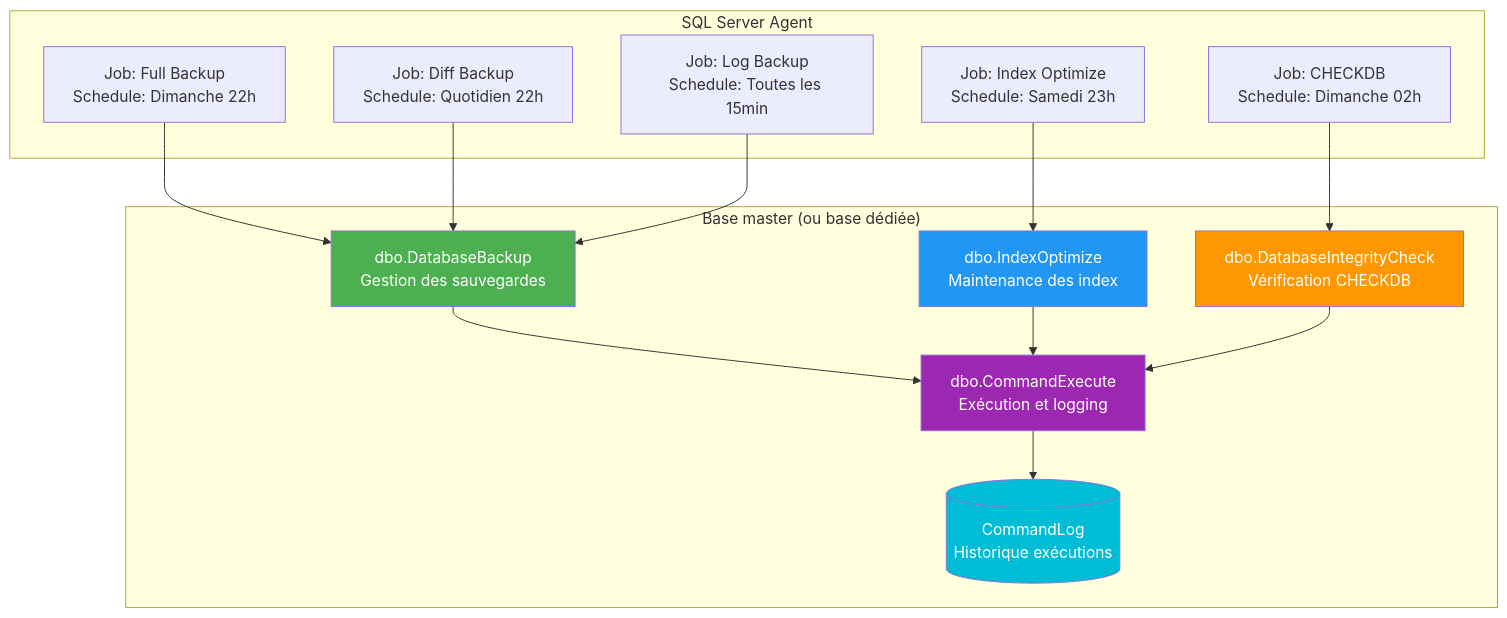
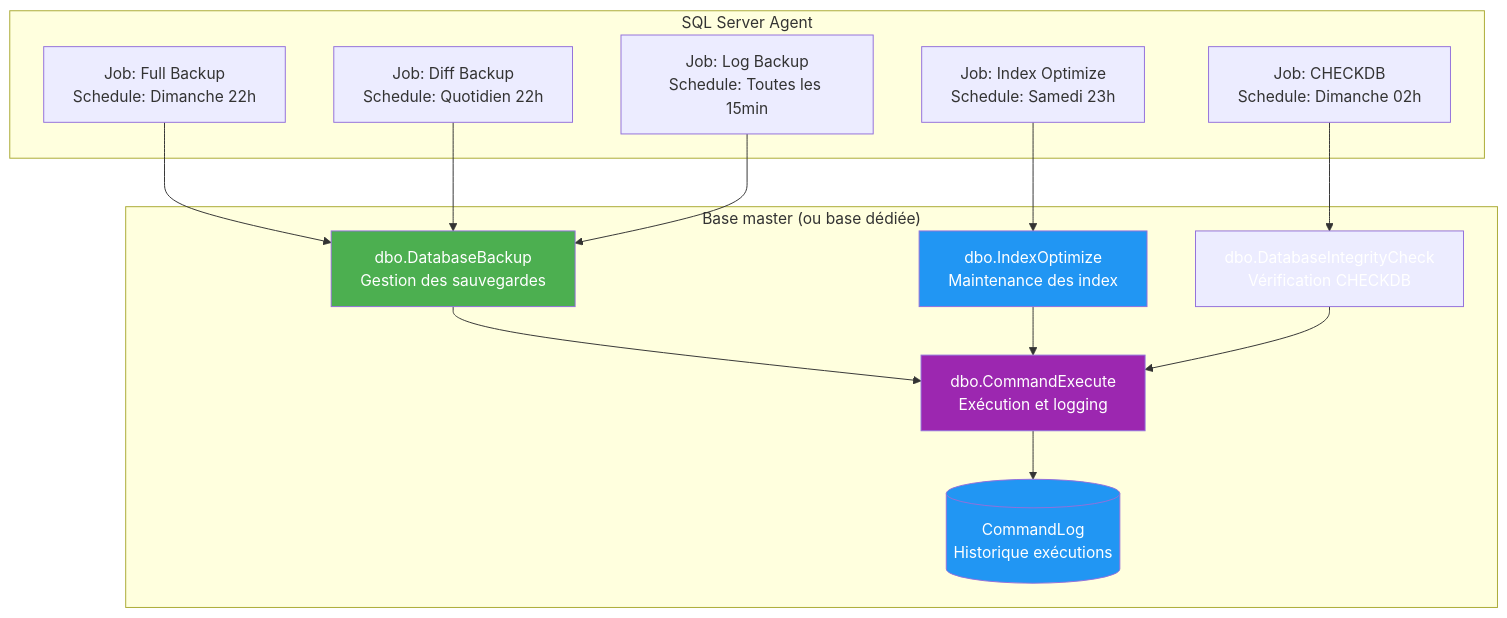
The third of 3 diagrams in docs/formations/sql-server/03-module.md (VBlackJack/ShellBook), drawn with Mermaid before and after one commit. The commit also changed other lines of this file and 337 other files, not shown here.

First line of the commit message:
refactor(docs): Standardize code blocks and Mermaid colors

````diff
--- a/docs/formations/sql-server/03-module.md
+++ b/docs/formations/sql-server/03-module.md
@@ -423,37 +423,37 @@
 ```mermaid
 graph TB
     subgraph "Base master (ou base dédiée)"
         SP1[dbo.DatabaseBackup<br/>Gestion des sauvegardes]
         SP2[dbo.IndexOptimize<br/>Maintenance des index]
         SP3[dbo.DatabaseIntegrityCheck<br/>Vérification CHECKDB]
         SP4[dbo.CommandExecute<br/>Exécution et logging]
 
         TABLE1[(CommandLog<br/>Historique exécutions)]
     end
 
     subgraph "SQL Server Agent"
         JOB1[Job: Full Backup<br/>Schedule: Dimanche 22h]
         JOB2[Job: Diff Backup<br/>Schedule: Quotidien 22h]
         JOB3[Job: Log Backup<br/>Schedule: Toutes les 15min]
         JOB4[Job: Index Optimize<br/>Schedule: Samedi 23h]
         JOB5[Job: CHECKDB<br/>Schedule: Dimanche 02h]
     end
 
     JOB1 --> SP1
     JOB2 --> SP1
     JOB3 --> SP1
     JOB4 --> SP2
     JOB5 --> SP3
 
     SP1 --> SP4
     SP2 --> SP4
     SP3 --> SP4
 
     SP4 --> TABLE1
 
     style SP1 fill:#4CAF50,color:#fff
     style SP2 fill:#2196F3,color:#fff
-    style SP3 fill:#FF9800,color:#fff
+    style SP3 fill:#FF9800800800,color:#fff
     style SP4 fill:#9C27B0,color:#fff
-    style TABLE1 fill:#00BCD4,color:#fff
+    style TABLE1 fill:#2196F3,color:#fff
 ```
````
